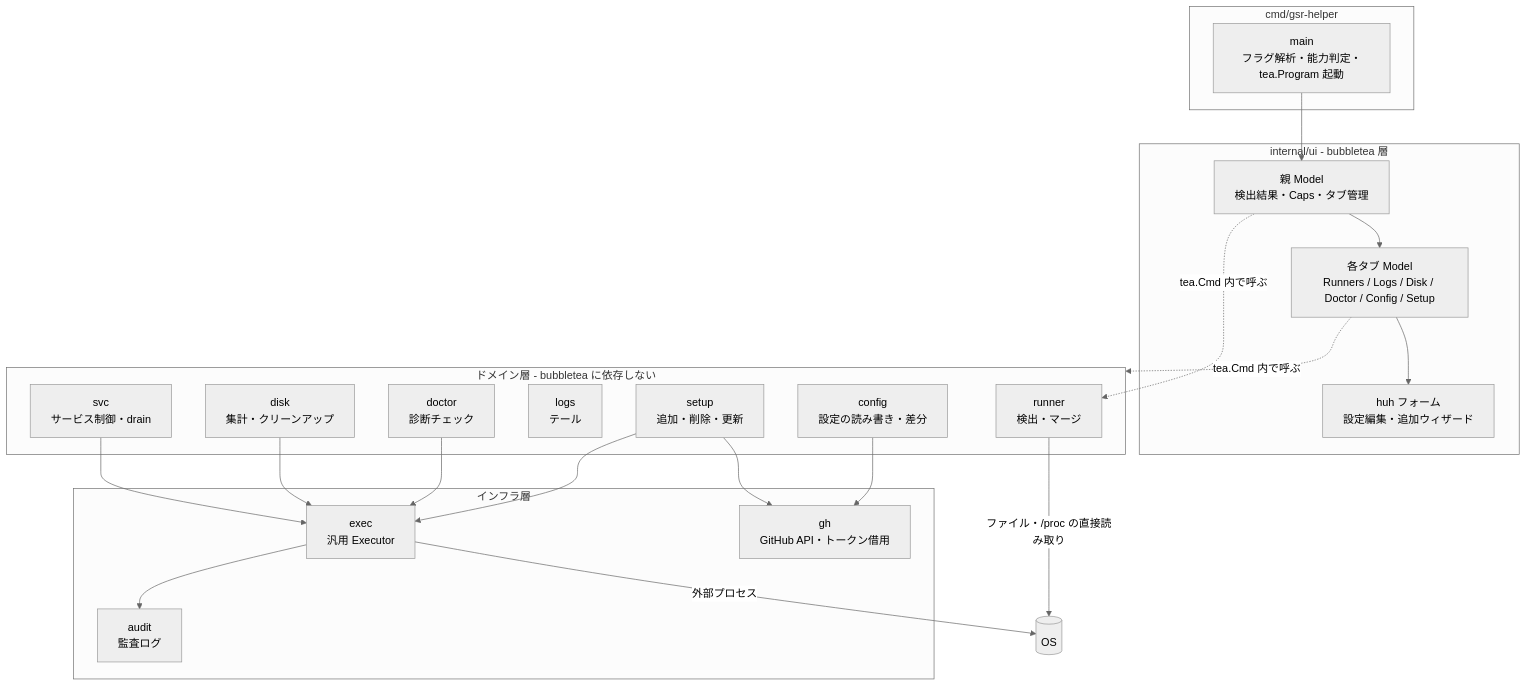
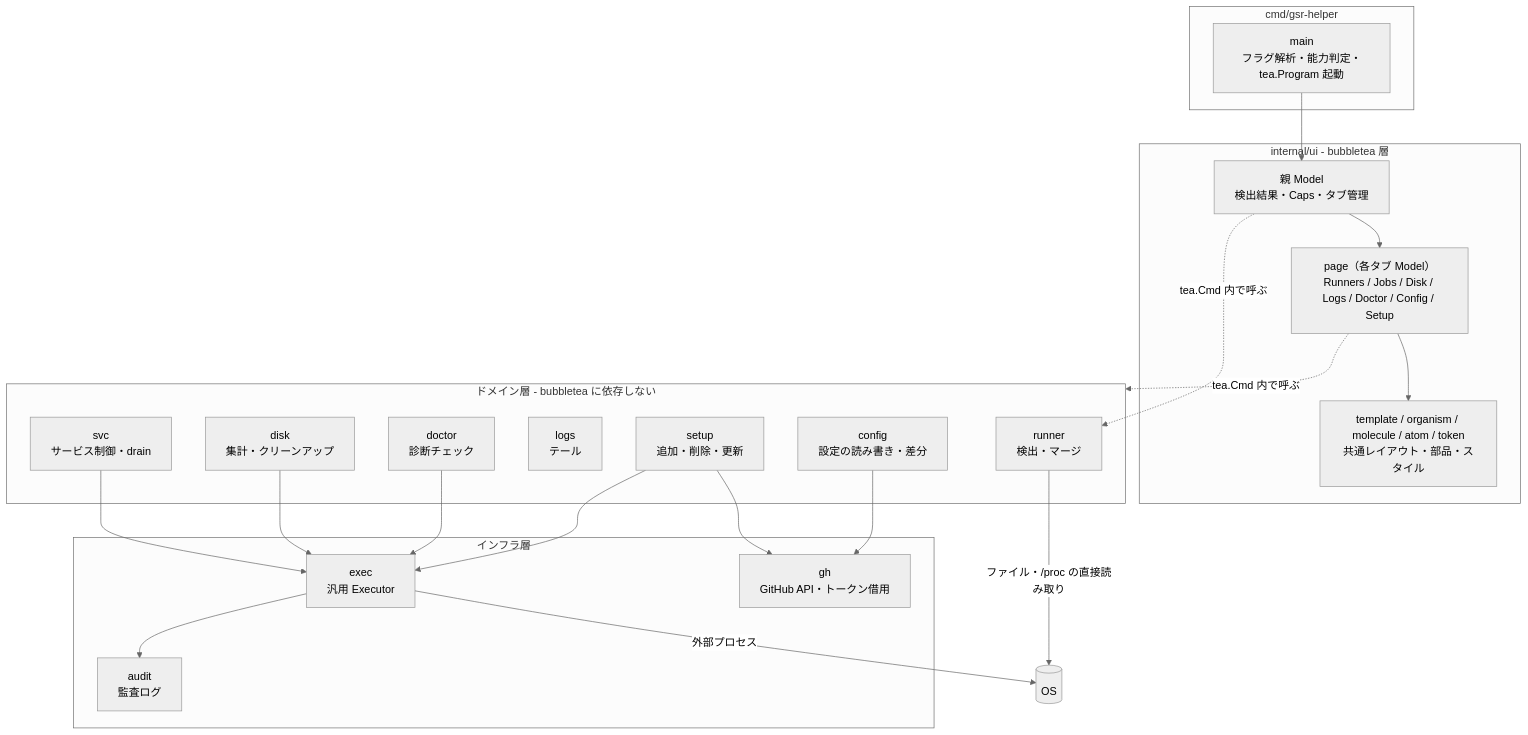
The first of 4 diagrams in docs/architecture/overview.md (ousiassllc/gsr-helper), drawn with Mermaid (neutral theme) before and after one commit. The commit also changed other lines of this file and 5 other files, not shown here.

````diff
--- a/docs/architecture/overview.md
+++ b/docs/architecture/overview.md
@@ -7,45 +7,45 @@
 ```mermaid
 graph TD
     subgraph cmd[cmd/gsr-helper]
         Main[main<br/>フラグ解析・能力判定・tea.Program 起動]
     end
 
     subgraph ui[internal/ui - bubbletea 層]
         App[親 Model<br/>検出結果・Caps・タブ管理]
-        Tabs[各タブ Model<br/>Runners / Logs / Disk / Doctor / Config / Setup]
-        Forms[huh フォーム<br/>設定編集・追加ウィザード]
+        Tabs[page（各タブ Model）<br/>Runners / Jobs / Disk / Logs / Doctor / Config / Setup]
+        Forms[template / organism / molecule / atom / token<br/>共通レイアウト・部品・スタイル]
     end
 
     subgraph domain[ドメイン層 - bubbletea に依存しない]
         Runner[runner<br/>検出・マージ]
         Svc[svc<br/>サービス制御・drain]
         Disk[disk<br/>集計・クリーンアップ]
         Logs[logs<br/>テール]
         Doctor[doctor<br/>診断チェック]
         Conf[config<br/>設定の読み書き・差分]
         Setup[setup<br/>追加・削除・更新]
     end
 
     subgraph infra[インフラ層]
         Exec[exec<br/>汎用 Executor]
         GH[gh<br/>GitHub API・トークン借用]
         Audit[audit<br/>監査ログ]
     end
 
     Main --> App
     App --> Tabs
     Tabs --> Forms
     Tabs -.->|tea.Cmd 内で呼ぶ| domain
     App -.->|tea.Cmd 内で呼ぶ| Runner
 
     Svc --> Exec
     Disk --> Exec
     Doctor --> Exec
     Setup --> Exec
     Setup --> GH
     Conf --> GH
     Exec --> Audit
 
     Runner -->|ファイル・/proc の直接読み取り| OS[(OS)]
     Exec -->|外部プロセス| OS
 ```
````
